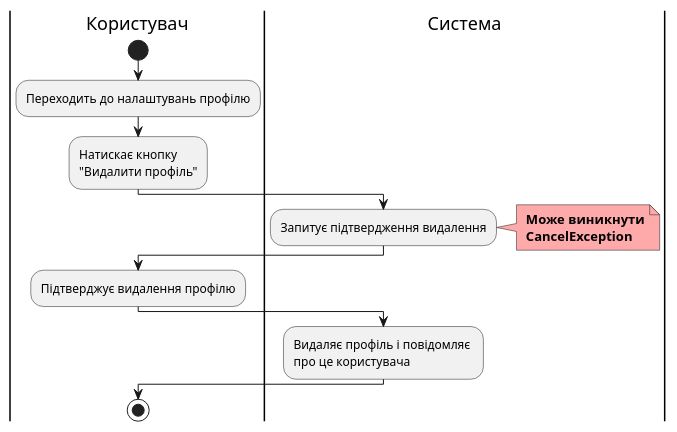
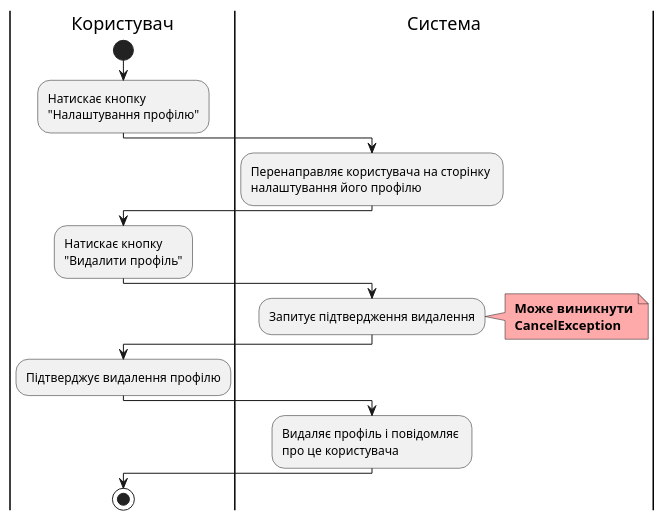
Before and after one commit to samoilenkomariia/db-coursework: the third of 3 diagrams in docs/use cases/README.md, drawn with PlantUML. The commit also changed other lines of this file, not shown here.

```diff
--- a/docs/use cases/README.md
+++ b/docs/use cases/README.md
@@ -135,24 +139,28 @@
 @startuml
 
     |Користувач|
       start;
-        :Переходить до налаштувань профілю;
+        :Натискає кнопку \n"Налаштування профілю";
+    |Система|
+        :Перенаправляє користувача на сторінку \nналаштування його профілю;
+        
+    |Користувач|
         :Натискає кнопку \n"Видалити профіль";
 
     |Система|
         :Запитує підтвердження видалення;
         note right #ffaaaa
         <b> Може виникнути
         <b> CancelException
         end note
 
     |Користувач|
         :Підтверджує видалення профілю;
 
     |Система|
         :Видаляє профіль і повідомляє \nпро це користувача;
         
     |Користувач|
     stop;
     
 @enduml
```
